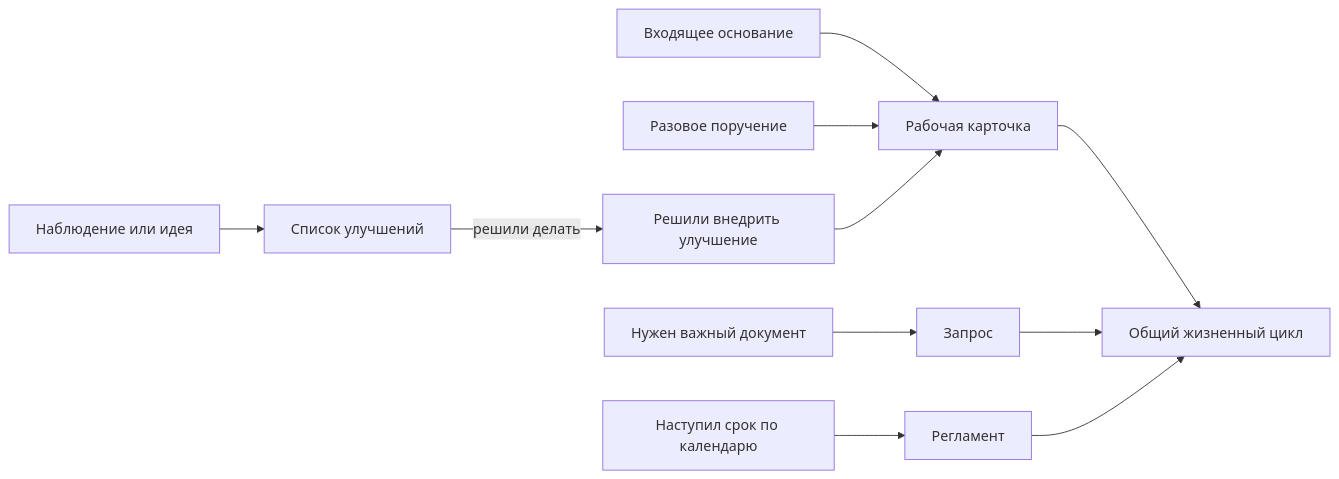
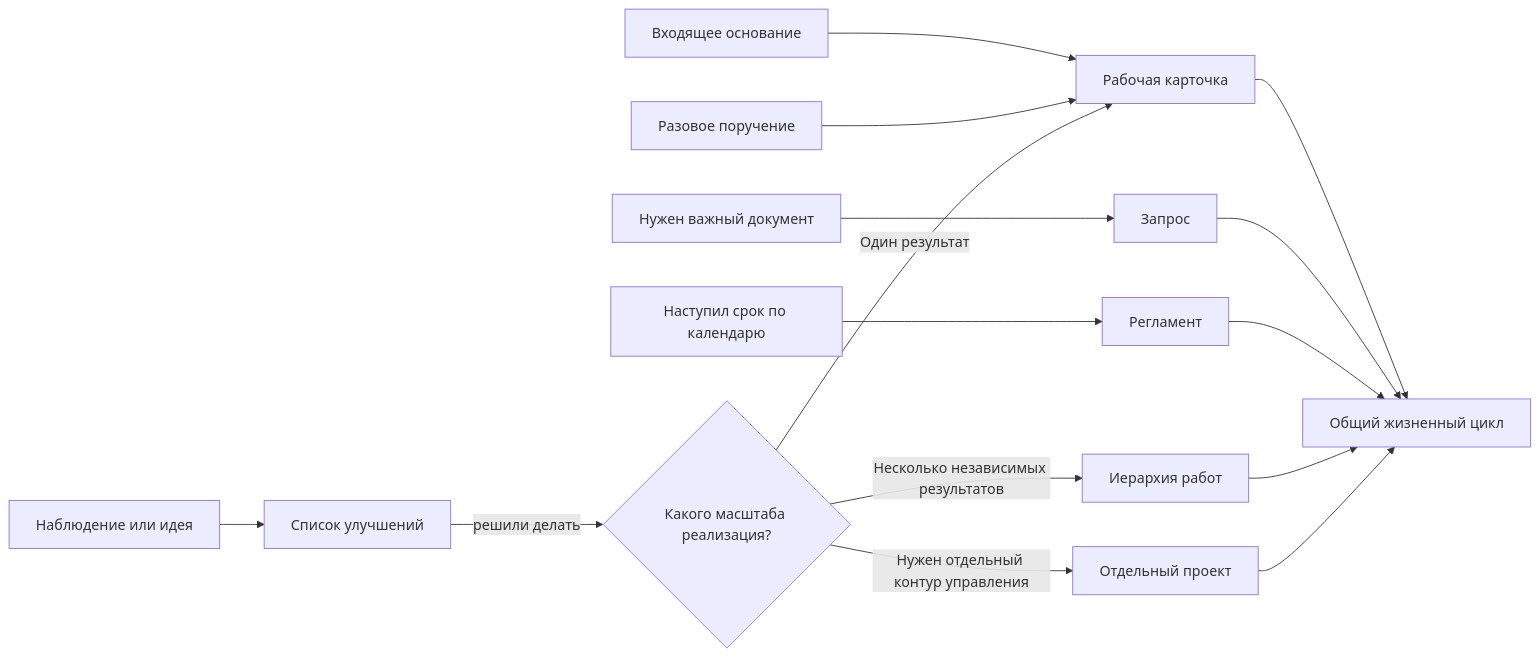
One commit to lazuale/department changed the first of 2 diagrams in README.md. Above: the diagram before and after it, drawn with Mermaid. The commit also changed other lines of this file, not shown here.

Commit message:
Уточнить схему улучшений и добавить лицензию

````diff
--- a/README.md
+++ b/README.md
@@ -9,15 +9,19 @@
 ```mermaid
 flowchart LR
     A[Входящее основание] --> W[Рабочая карточка]
     B[Нужен важный документ] --> Q[Запрос]
     C[Наступил срок по календарю] --> R[Регламент]
     D[Разовое поручение] --> W
-    E[Решили внедрить улучшение] --> W
 
     W --> X[Общий жизненный цикл]
     Q --> X
     R --> X
 
     I[Наблюдение или идея] --> J[Список улучшений]
-    J -->|решили делать| E
+    J -->|решили делать| M{Какого масштаба реализация?}
+    M -- Один результат --> W
+    M -- Несколько независимых результатов --> H[Иерархия работ]
+    M -- Нужен отдельный контур управления --> P[Отдельный проект]
+    H --> X
+    P --> X
 ```
````
